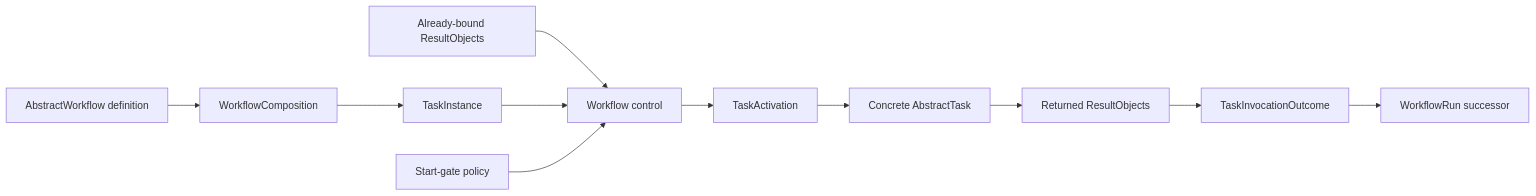
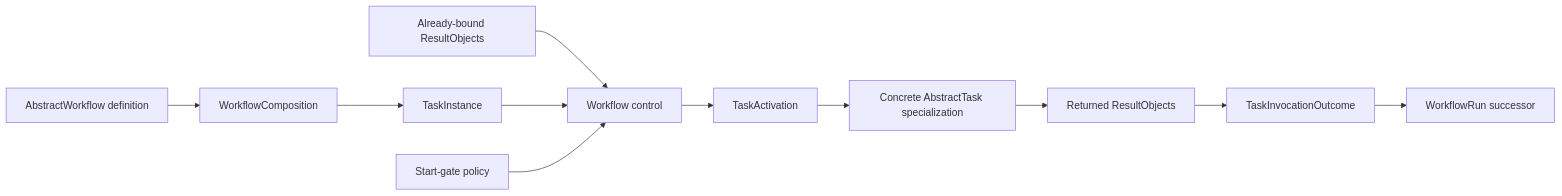
Before and after one commit to eragasa/ksdft2effmass: the second of 4 diagrams in docs/architecture/v2/ksdft2effmass/workflow/schematic.md, drawn with Mermaid. The commit also changed other lines of this file and 4 other files, not shown here.

````diff
--- a/docs/architecture/v2/ksdft2effmass/workflow/schematic.md
+++ b/docs/architecture/v2/ksdft2effmass/workflow/schematic.md
@@ -32,13 +37,13 @@
 ```mermaid
 flowchart LR
     workflow[AbstractWorkflow definition] --> composition[WorkflowComposition]
     composition --> instance[TaskInstance]
     result[Already-bound ResultObjects] --> control[Workflow control]
     instance --> control
     gates[Start-gate policy] --> control
     control --> activation[TaskActivation]
-    activation --> task[Concrete AbstractTask]
+    activation --> task[Concrete AbstractTask specialization]
     task --> returned[Returned ResultObjects]
     returned --> outcome[TaskInvocationOutcome]
     outcome --> run[WorkflowRun successor]
 ```
````
